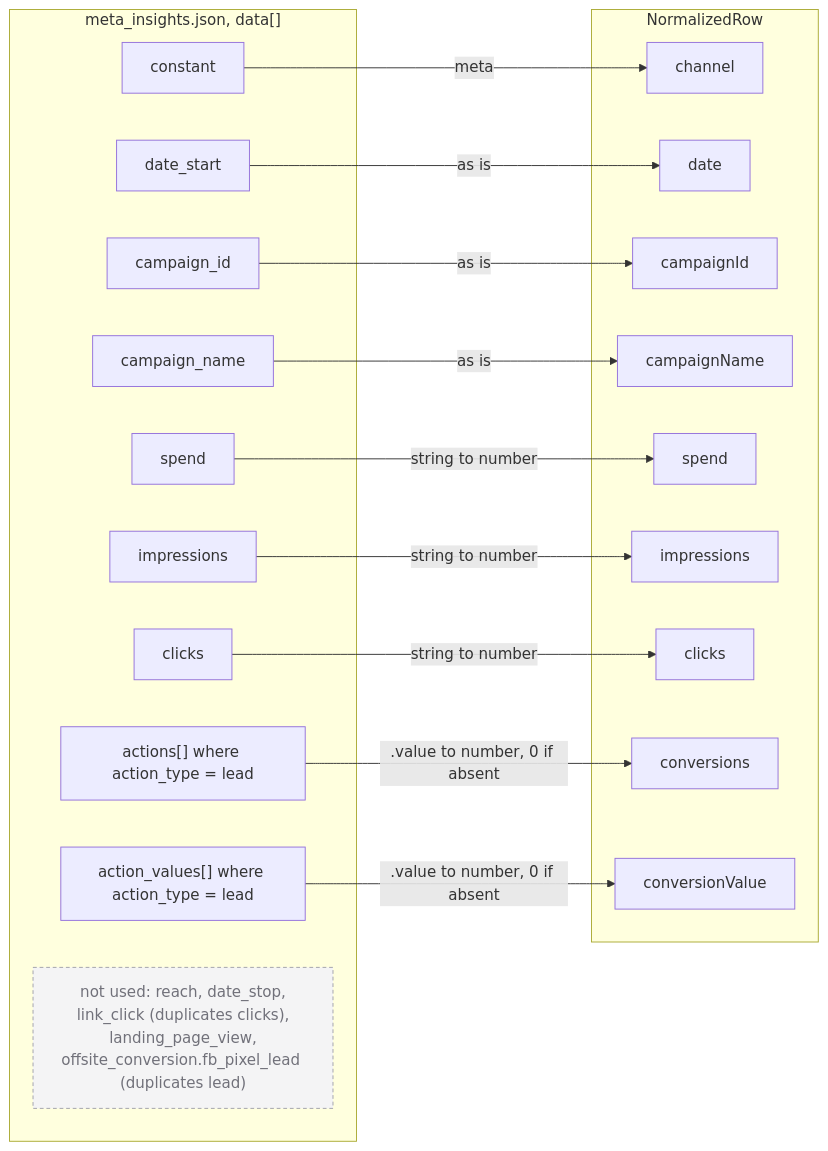
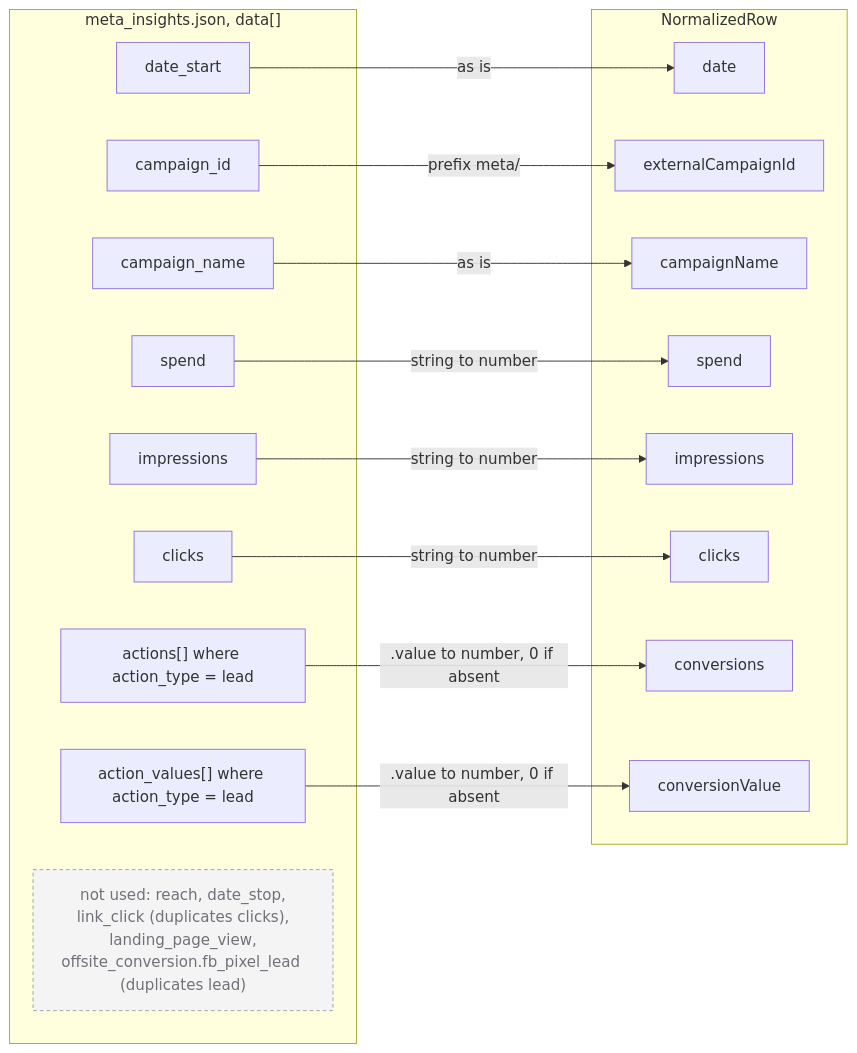
The diagram in docs/diagrams/meta-mapping.mmd (btmCustom/ADBOX-Dashboard-Product-Engineer-exercise), drawn with Mermaid before and after one commit. The commit also changed 13 other files, not shown here.

Commit message:
Fold channel into externalCampaignId ({shortChannel}/{id}); regenerate diagrams

```diff
--- a/docs/diagrams/meta-mapping.mmd
+++ b/docs/diagrams/meta-mapping.mmd
@@ -1,35 +1,32 @@
 flowchart LR
     subgraph SRC["meta_insights.json, data[]"]
-        m_const["constant"]
         m_date["date_start"]
         m_id["campaign_id"]
         m_name["campaign_name"]
         m_spend["spend"]
         m_impr["impressions"]
         m_clicks["clicks"]
         m_conv["actions[] where action_type = lead"]
         m_val["action_values[] where action_type = lead"]
         m_drop["not used: reach, date_stop,<br/>link_click (duplicates clicks),<br/>landing_page_view,<br/>offsite_conversion.fb_pixel_lead (duplicates lead)"]
     end
     subgraph OUT["NormalizedRow"]
-        n_channel["channel"]
         n_date["date"]
-        n_id["campaignId"]
+        n_id["externalCampaignId"]
         n_name["campaignName"]
         n_spend["spend"]
         n_impr["impressions"]
         n_clicks["clicks"]
         n_conv["conversions"]
         n_val["conversionValue"]
     end
-    m_const -- "meta" --> n_channel
     m_date -- "as is" --> n_date
-    m_id -- "as is" --> n_id
+    m_id -- "prefix meta/" --> n_id
     m_name -- "as is" --> n_name
     m_spend -- "string to number" --> n_spend
     m_impr -- "string to number" --> n_impr
     m_clicks -- "string to number" --> n_clicks
     m_conv -- ".value to number, 0 if absent" --> n_conv
     m_val -- ".value to number, 0 if absent" --> n_val
     classDef dropped fill:#f4f4f5,stroke:#a1a1aa,stroke-dasharray:4 3,color:#71717a
     class m_drop dropped
```
